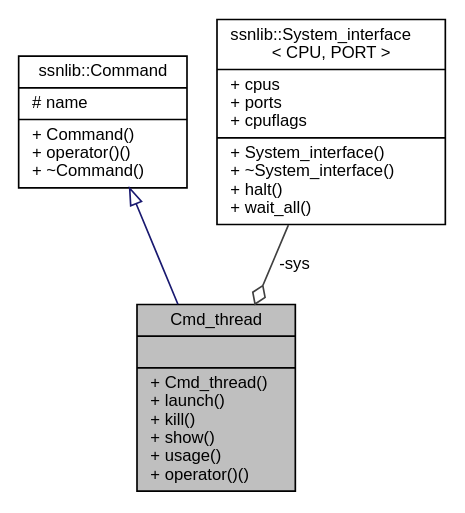
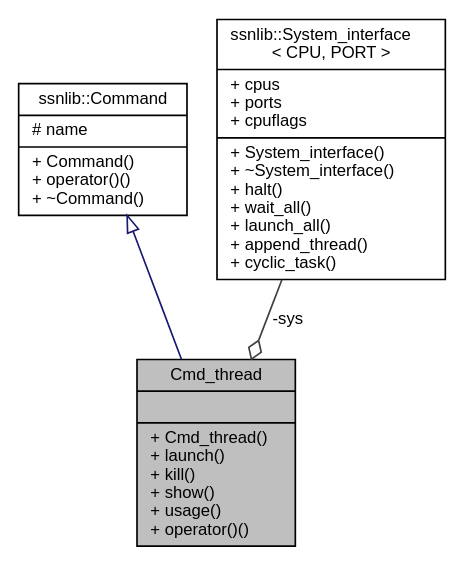
Before and after one commit to susanoog/susanoog.github.io: the diagram in api/classCmd__thread__coll__graph.dot, drawn with Graphviz. The commit also changed 131 other files, not shown here.

```diff
--- a/api/classCmd__thread__coll__graph.dot
+++ b/api/classCmd__thread__coll__graph.dot
@@ -1,10 +1,10 @@
 digraph "Cmd_thread"
 {
   edge [fontname="Helvetica",fontsize="10",labelfontname="Helvetica",labelfontsize="10"];
   node [fontname="Helvetica",fontsize="10",shape=record];
   Node1 [label="{Cmd_thread\n||+ Cmd_thread()\l+ launch()\l+ kill()\l+ show()\l+ usage()\l+ operator()()\l}",height=0.2,width=0.4,color="black", fillcolor="grey75", style="filled", fontcolor="black"];
   Node2 -> Node1 [dir="back",color="midnightblue",fontsize="10",style="solid",arrowtail="onormal",fontname="Helvetica"];
   Node2 [label="{ssnlib::Command\n|# name\l|+ Command()\l+ operator()()\l+ ~Command()\l}",height=0.2,width=0.4,color="black", fillcolor="white", style="filled",URL="$classssnlib_1_1Command.html"];
   Node3 -> Node1 [color="grey25",fontsize="10",style="solid",label=" -sys" ,arrowhead="odiamond",fontname="Helvetica"];
-  Node3 [label="{ssnlib::System_interface\l\< CPU, PORT \>\n|+ cpus\l+ ports\l+ cpuflags\l|+ System_interface()\l+ ~System_interface()\l+ halt()\l+ wait_all()\l}",height=0.2,width=0.4,color="black", fillcolor="white", style="filled",URL="$classssnlib_1_1System__interface.html"];
+  Node3 [label="{ssnlib::System_interface\l\< CPU, PORT \>\n|+ cpus\l+ ports\l+ cpuflags\l|+ System_interface()\l+ ~System_interface()\l+ halt()\l+ wait_all()\l+ launch_all()\l+ append_thread()\l+ cyclic_task()\l}",height=0.2,width=0.4,color="black", fillcolor="white", style="filled",URL="$classssnlib_1_1System__interface.html"];
 }
```
